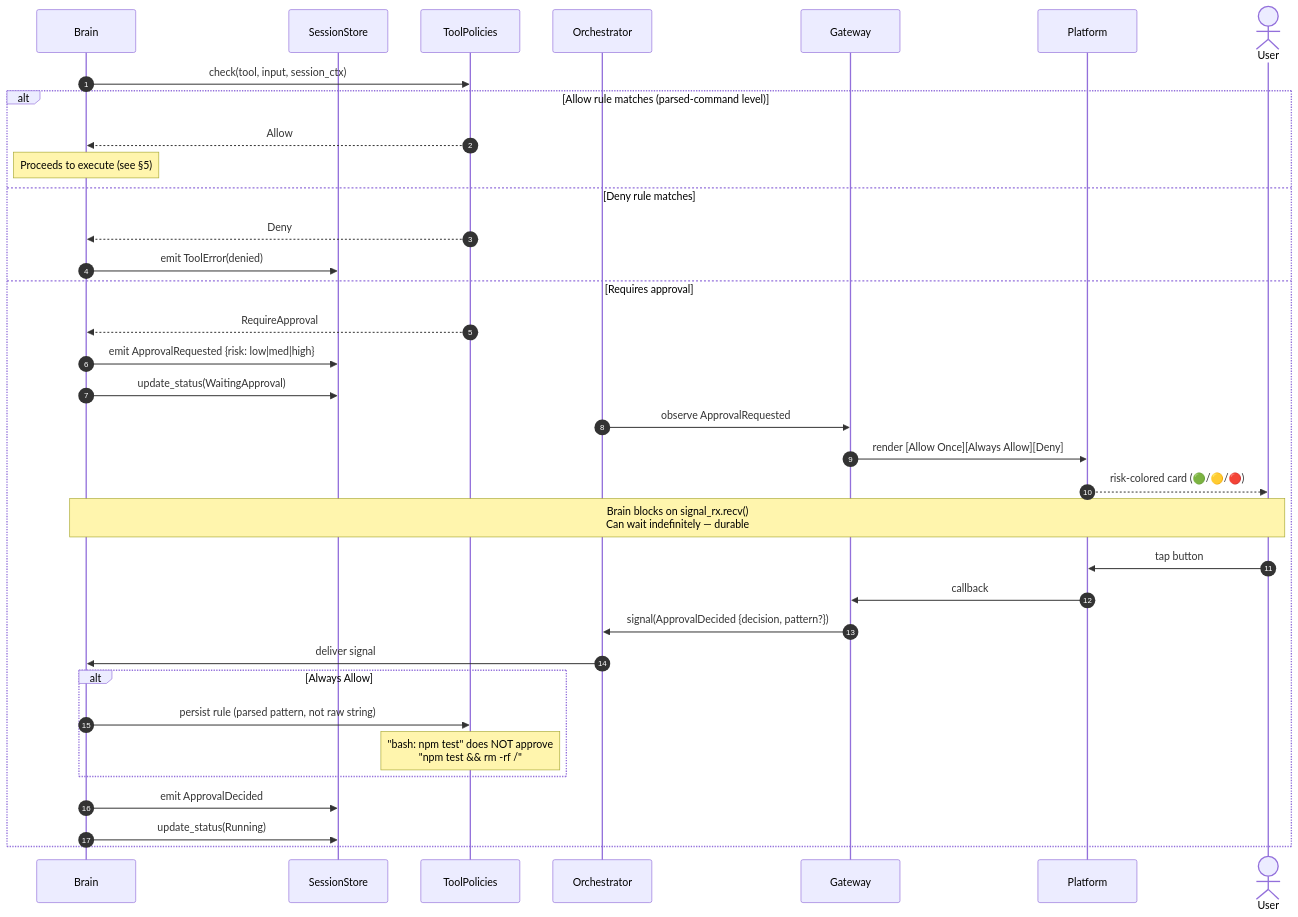
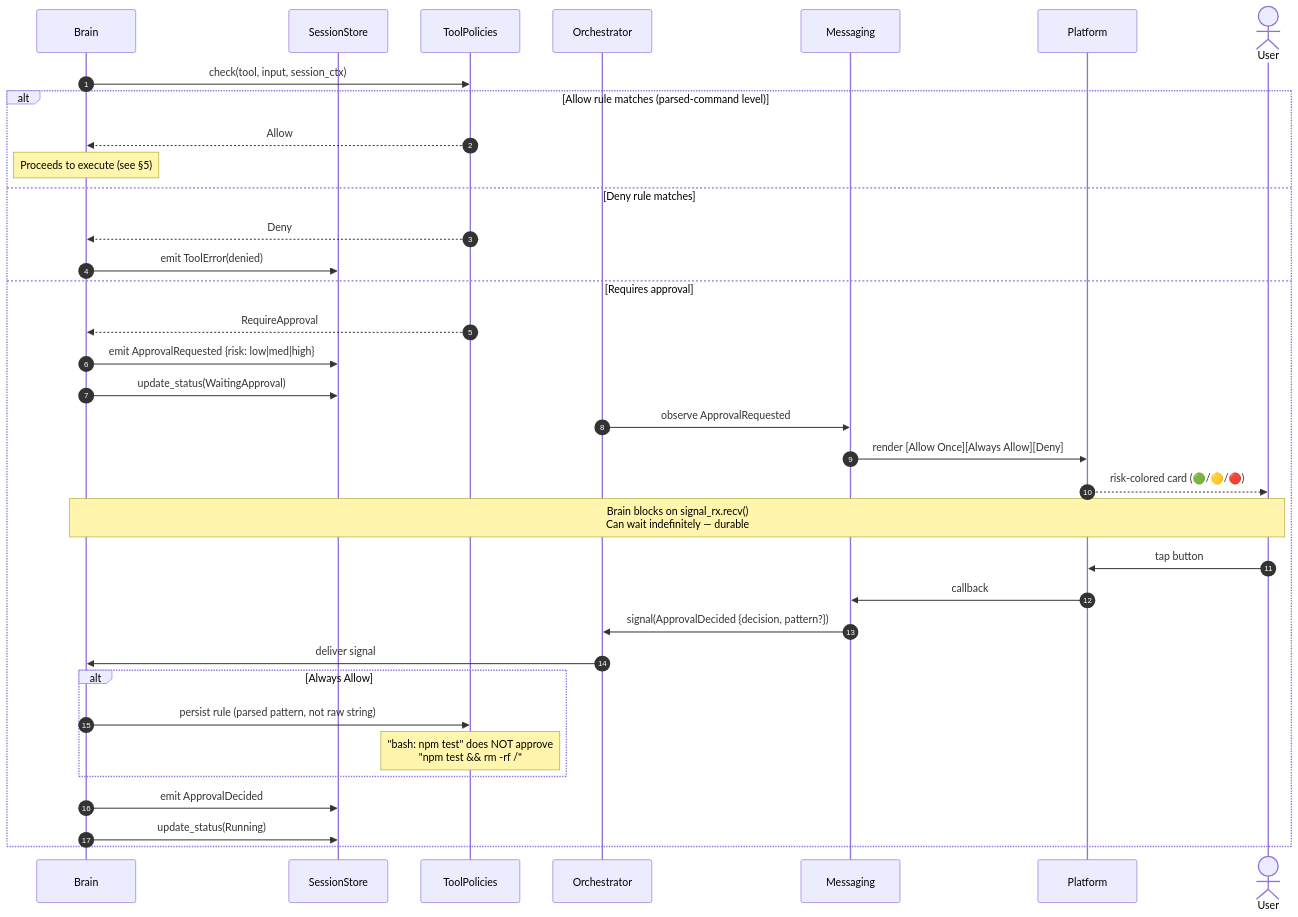
Before and after one commit to hwuiwon/moa: the fourth of 14 diagrams in sequence-diagrams.md, drawn with Mermaid. The commit also changed other lines of this file and 69 other files, not shown here.

````diff
--- a/sequence-diagrams.md
+++ b/sequence-diagrams.md
@@ -187,44 +187,44 @@
 ```mermaid
 sequenceDiagram
     autonumber
     participant Brain
     participant Log as SessionStore
     participant Policy as ToolPolicies
     participant Orch as Orchestrator
-    participant Gateway
+    participant Messaging
     participant Platform
     actor User
 
     Brain->>Policy: check(tool, input, session_ctx)
 
     alt Allow rule matches (parsed-command level)
         Policy-->>Brain: Allow
         Note over Brain: Proceeds to execute (see §5)
     else Deny rule matches
         Policy-->>Brain: Deny
         Brain->>Log: emit ToolError(denied)
     else Requires approval
         Policy-->>Brain: RequireApproval
         Brain->>Log: emit ApprovalRequested {risk: low|med|high}
         Brain->>Log: update_status(WaitingApproval)
 
-        Orch->>Gateway: observe ApprovalRequested
-        Gateway->>Platform: render [Allow Once][Always Allow][Deny]
+        Orch->>Messaging: observe ApprovalRequested
+        Messaging->>Platform: render [Allow Once][Always Allow][Deny]
         Platform-->>User: risk-colored card (🟢/🟡/🔴)
 
         Note over Brain,User: Brain blocks on signal_rx.recv()<br/>Can wait indefinitely — durable
 
         User->>Platform: tap button
-        Platform->>Gateway: callback
-        Gateway->>Orch: signal(ApprovalDecided {decision, pattern?})
+        Platform->>Messaging: callback
+        Messaging->>Orch: signal(ApprovalDecided {decision, pattern?})
         Orch->>Brain: deliver signal
 
         alt Always Allow
             Brain->>Policy: persist rule (parsed pattern, not raw string)
             Note over Policy: "bash: npm test" does NOT approve<br/>"npm test && rm -rf /"
         end
 
         Brain->>Log: emit ApprovalDecided
         Brain->>Log: update_status(Running)
     end
 ```
````
